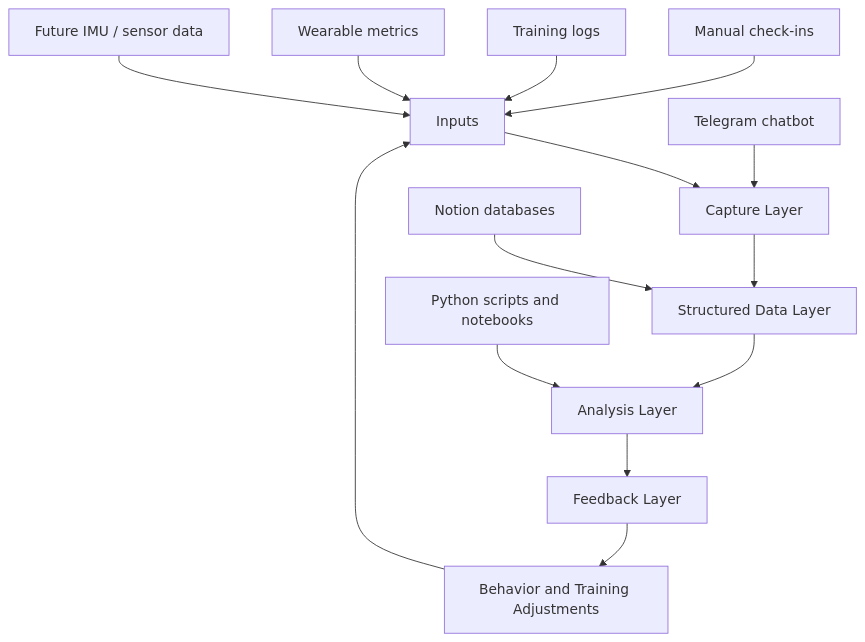
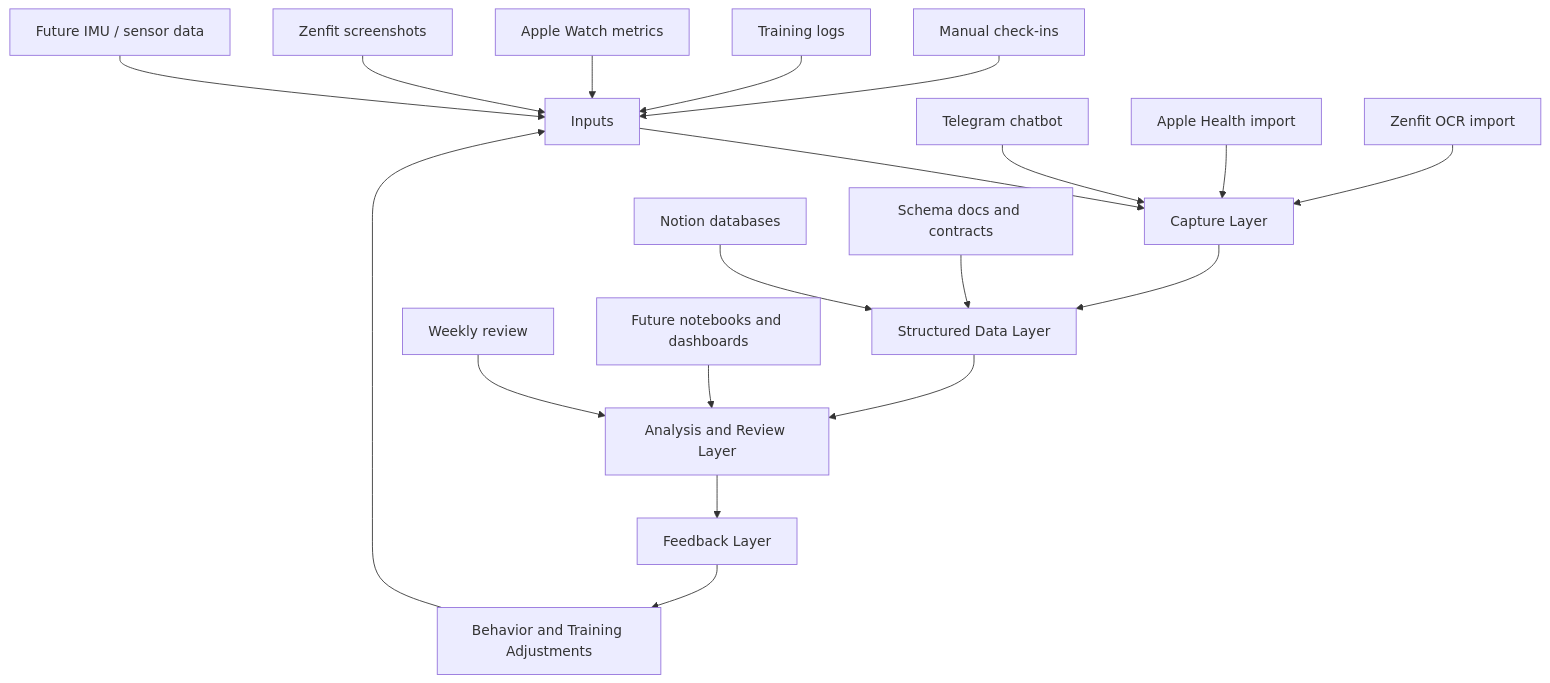
The diagram in docs/architecture.md (haleyparks329/the-human-model), drawn with Mermaid before and after one commit. The commit also changed other lines of this file and 9 other files, not shown here.

````diff
--- a/docs/architecture.md
+++ b/docs/architecture.md
@@ -5,18 +5,23 @@
 ```mermaid
 flowchart TD
     A[Inputs] --> B[Capture Layer]
     B --> C[Structured Data Layer]
-    C --> D[Analysis Layer]
+    C --> D[Analysis and Review Layer]
     D --> E[Feedback Layer]
     E --> F[Behavior and Training Adjustments]
     F --> A
 
     A1[Manual check-ins] --> A
     A2[Training logs] --> A
-    A3[Wearable metrics] --> A
-    A4[Future IMU / sensor data] --> A
+    A3[Apple Watch metrics] --> A
+    A4[Zenfit screenshots] --> A
+    A5[Future IMU / sensor data] --> A
 
     B1[Telegram chatbot] --> B
-    B2[Notion databases] --> C
-    B3[Python scripts and notebooks] --> D
+    B2[Apple Health import] --> B
+    B3[Zenfit OCR import] --> B
+    C1[Notion databases] --> C
+    C2[Schema docs and contracts] --> C
+    D1[Weekly review] --> D
+    D2[Future notebooks and dashboards] --> D
 ```
````
